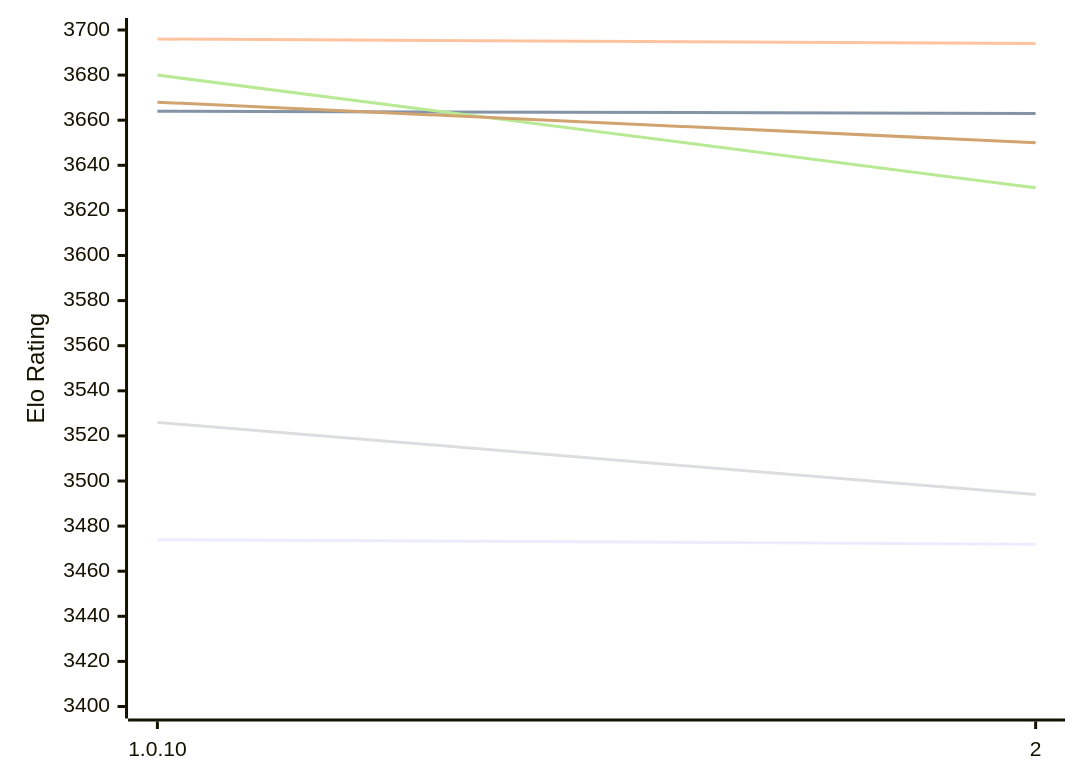
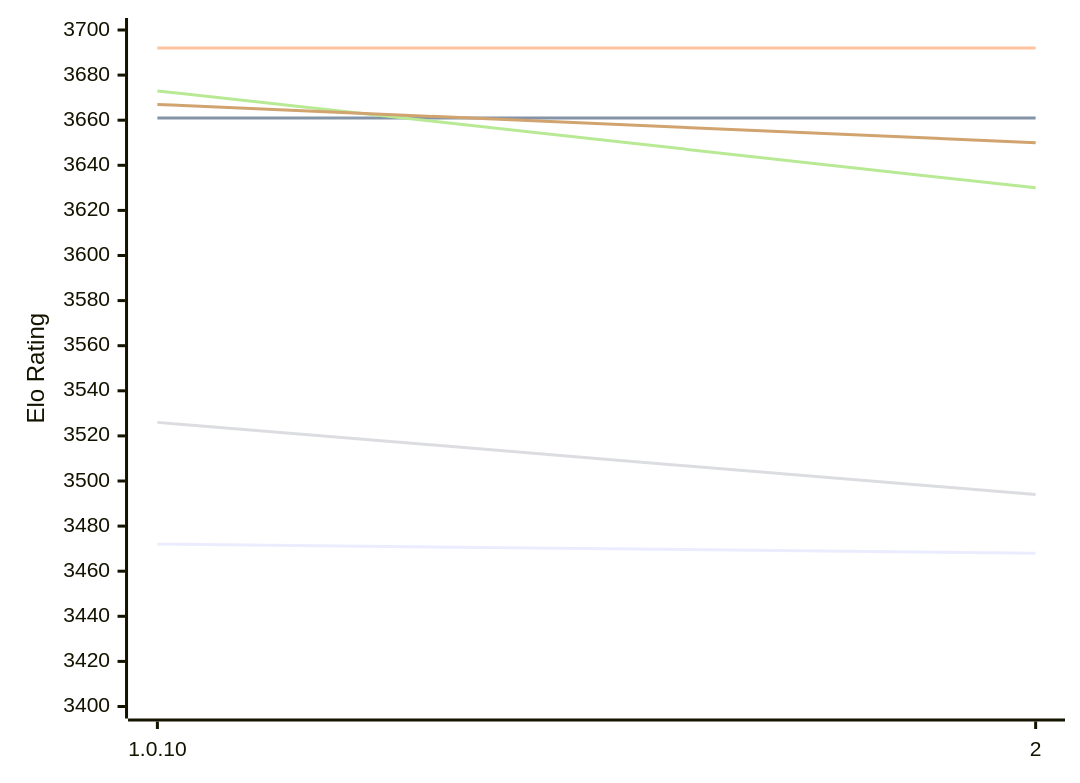
The diagram in engines/8Chess.md (computer-chess-index/cci), drawn with Mermaid before and after one commit. The commit also changed other lines of this file, not shown here.

Commit message:
Update CCI Ratings (ELO VLTC) - 2026-11-27

````diff
--- a/engines/8Chess.md
+++ b/engines/8Chess.md
@@ -49,12 +49,12 @@
 ```mermaid
 %%{init: {"theme":"base","themeVariables":{"seriesColors:['#a3a3a3','#222221','#faa371']}}}%%
 xychart-beta
   x-axis ["1.0.10", "2"]
   y-axis "Elo Rating" 3400 --> 3700
-  line "E1: STC (8.0+0.08s)" [3474, 3472]
-  line "E1: LTC (60.0+0.60s)" [3664, 3663]
-  line "E1: VLTC (2m24s+1.12s)" [3696, 3694]
+  line "E1: STC (8.0+0.08s)" [3472, 3468]
+  line "E1: LTC (60.0+0.60s)" [3661, 3661]
+  line "E1: VLTC (2m24s+1.12s)" [3692, 3692]
   line "P1: STC (8.0+0.08s)" [3526, 3494]
-  line "P1: LTC (60.0+0.60s)" [3680, 3630]
-  line "P1: VLTC (2m24s+1.12s)" [3668, 3650]
+  line "P1: LTC (60.0+0.60s)" [3673, 3630]
+  line "P1: VLTC (2m24s+1.12s)" [3667, 3650]
 ```
````
